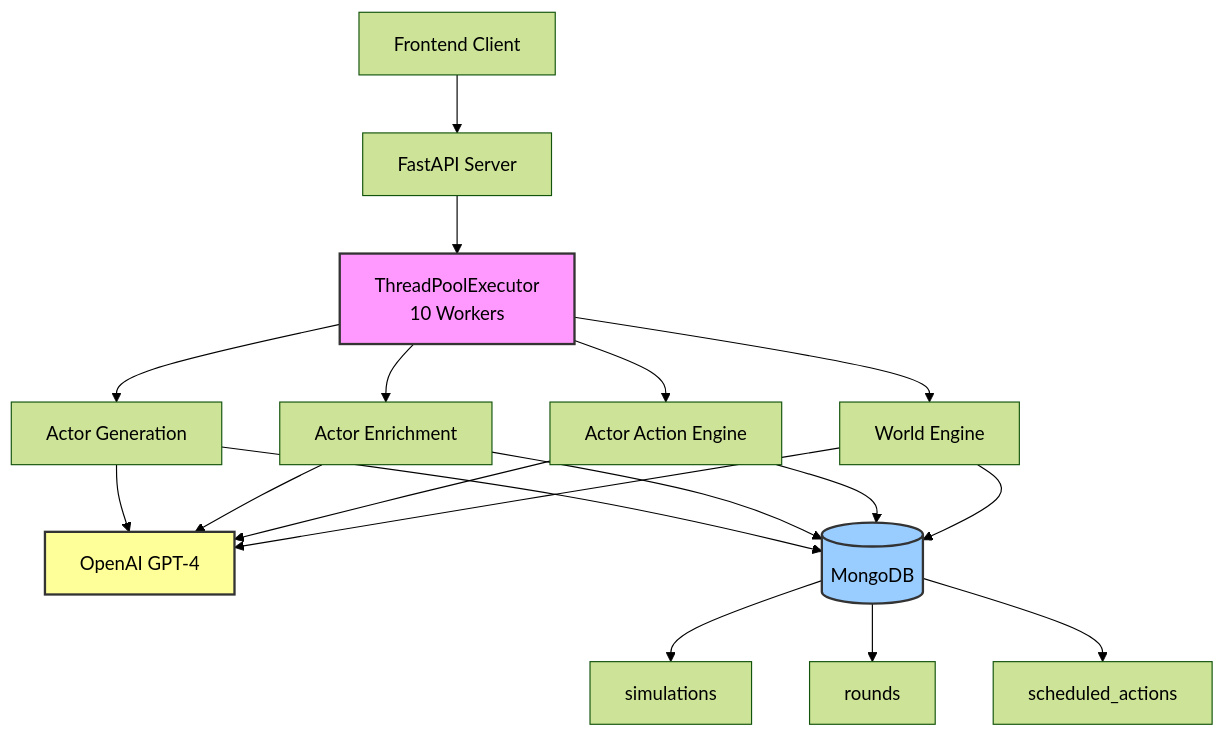
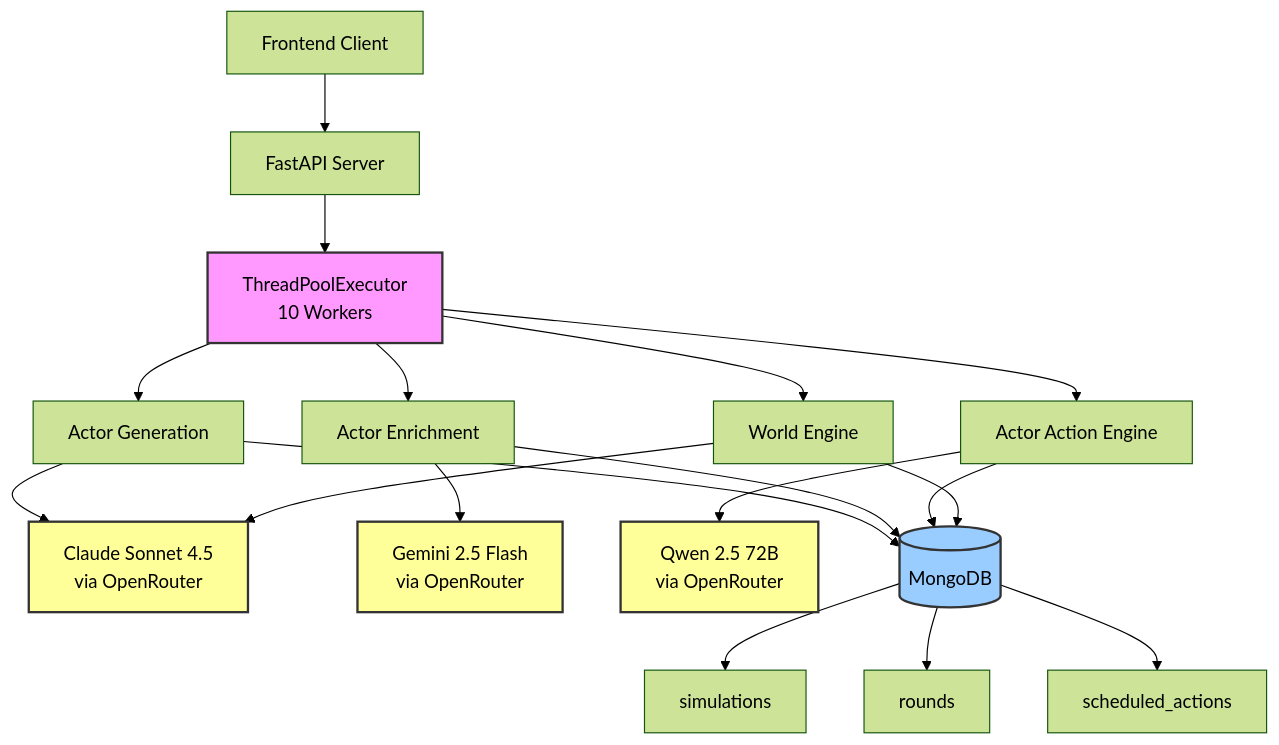
The first of 5 diagrams in BACKEND_DESIGN.md (Blkalkin/Actors-Actions), drawn with Mermaid (forest theme) before and after one commit. The commit also changed other lines of this file and 1 other file, not shown here.

````diff
--- a/BACKEND_DESIGN.md
+++ b/BACKEND_DESIGN.md
@@ -9,28 +9,30 @@
 ```mermaid
 graph TB
     Client[Frontend Client] --> API[FastAPI Server]
     API --> Pool[ThreadPoolExecutor<br/>10 Workers]
     
     Pool --> AG[Actor Generation]
     Pool --> AE[Actor Enrichment]
     Pool --> AA[Actor Action Engine]
     Pool --> WE[World Engine]
     
-    AG --> LLM[OpenAI GPT-4]
-    AE --> LLM
-    AA --> LLM
-    WE --> LLM
+    AG --> LLM1[Claude Sonnet 4.5<br/>via OpenRouter]
+    AE --> LLM2[Gemini 2.5 Flash<br/>via OpenRouter]
+    AA --> LLM3[Qwen 2.5 72B<br/>via OpenRouter]
+    WE --> LLM1
     
     AG --> DB[(MongoDB)]
     AE --> DB
     AA --> DB
     WE --> DB
     
     DB --> S[simulations]
     DB --> R[rounds]
     DB --> A[scheduled_actions]
     
     style Pool fill:#f9f,stroke:#333,stroke-width:2px
-    style LLM fill:#ff9,stroke:#333,stroke-width:2px
+    style LLM1 fill:#ff9,stroke:#333,stroke-width:2px
+    style LLM2 fill:#ff9,stroke:#333,stroke-width:2px
+    style LLM3 fill:#ff9,stroke:#333,stroke-width:2px
     style DB fill:#9cf,stroke:#333,stroke-width:2px
 ```
````
